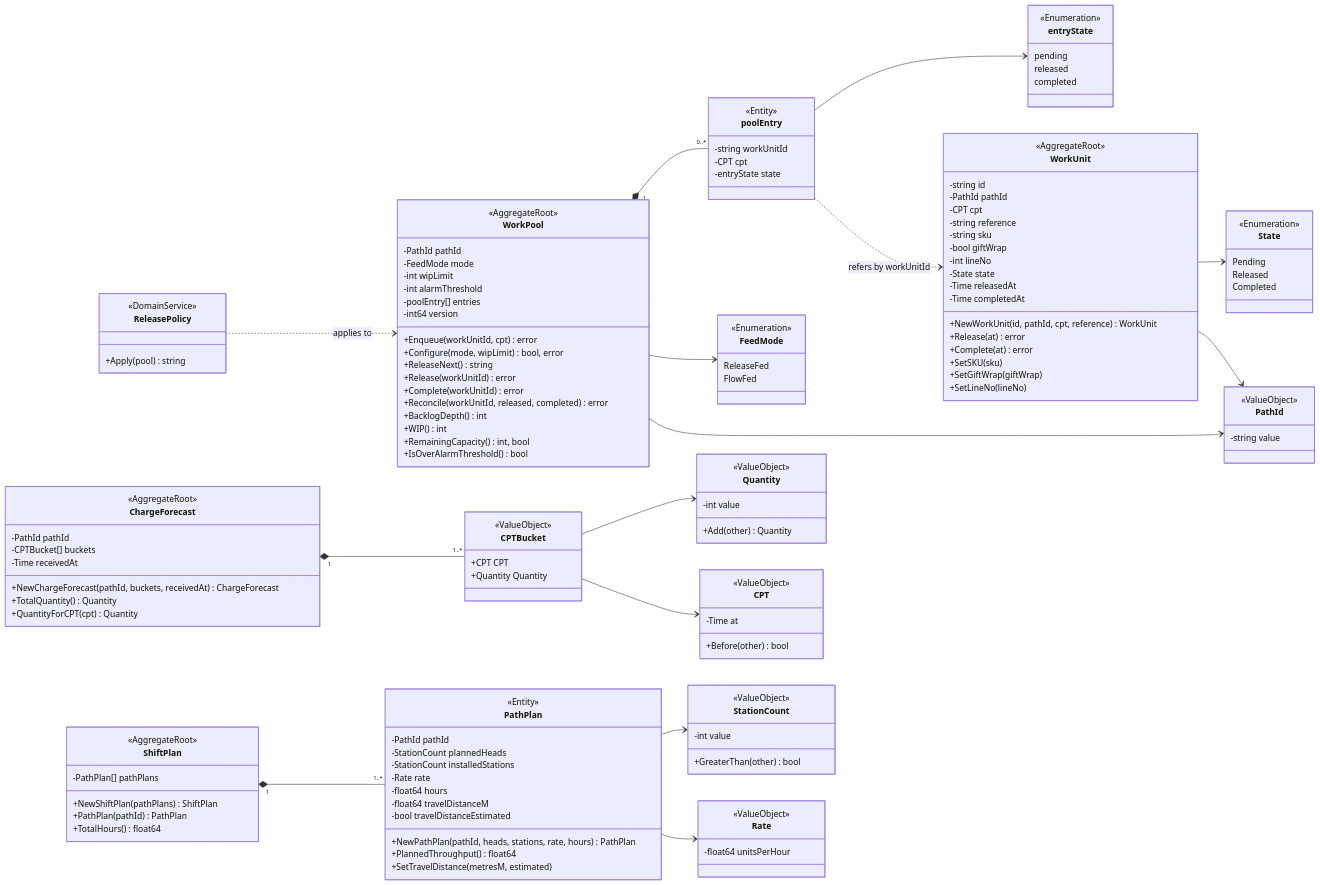
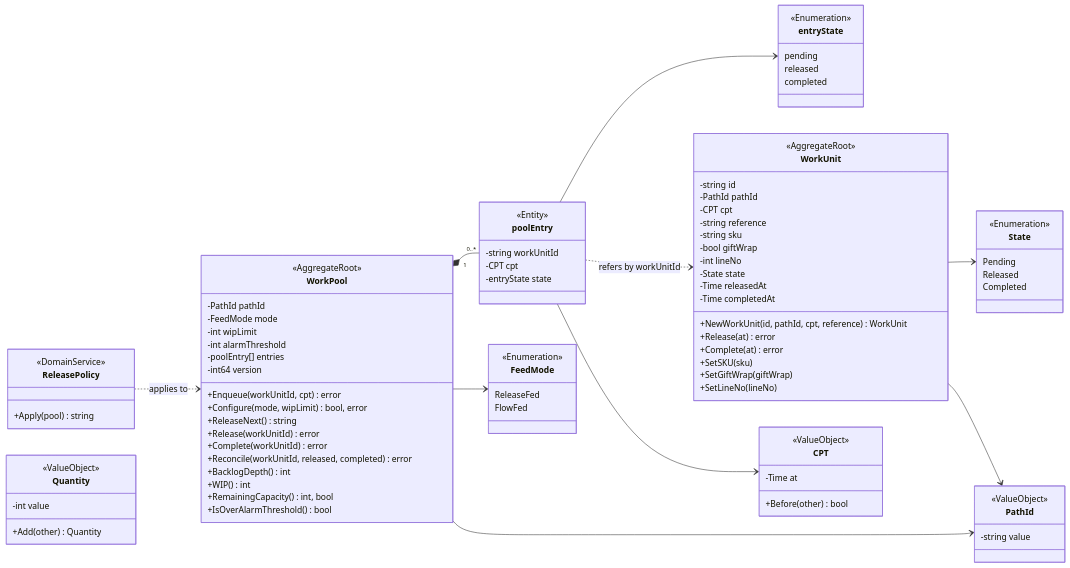
One commit to IQVO/warehouse-docs changed the first of 5 diagrams in docs/contexts/wes-work-planning/class-diagram.md. Above: the diagram before and after it, drawn with Mermaid. The commit also changed other lines of this file and 81 other files, not shown here.

````diff
--- a/docs/contexts/wes-work-planning/class-diagram.md
+++ b/docs/contexts/wes-work-planning/class-diagram.md
@@ -27,42 +28,6 @@
 ```mermaid
 classDiagram
     direction LR
-
-    class ChargeForecast {
-        <<AggregateRoot>>
-        -PathId pathId
-        -CPTBucket[] buckets
-        -Time receivedAt
-        +NewChargeForecast(pathId, buckets, receivedAt) ChargeForecast
-        +TotalQuantity() Quantity
-        +QuantityForCPT(cpt) Quantity
-    }
-    class CPTBucket {
-        <<ValueObject>>
-        +CPT CPT
-        +Quantity Quantity
-    }
-
-    class ShiftPlan {
-        <<AggregateRoot>>
-        -PathPlan[] pathPlans
-        +NewShiftPlan(pathPlans) ShiftPlan
-        +PathPlan(pathId) PathPlan
-        +TotalHours() float64
-    }
-    class PathPlan {
-        <<Entity>>
-        -PathId pathId
-        -StationCount plannedHeads
-        -StationCount installedStations
-        -Rate rate
-        -float64 hours
-        -float64 travelDistanceM
-        -bool travelDistanceEstimated
-        +NewPathPlan(pathId, heads, stations, rate, hours) PathPlan
-        +PlannedThroughput() float64
-        +SetTravelDistance(metresM, estimated)
-    }
 
     class WorkPool {
         <<AggregateRoot>>
@@ -140,33 +105,19 @@
         -Time at
         +Before(other) bool
     }
-    class Rate {
-        <<ValueObject>>
-        -float64 unitsPerHour
-    }
-    class StationCount {
-        <<ValueObject>>
-        -int value
-        +GreaterThan(other) bool
-    }
     class Quantity {
         <<ValueObject>>
         -int value
         +Add(other) Quantity
     }
 
-    ChargeForecast "1" *-- "1..*" CPTBucket
-    ShiftPlan "1" *-- "1..*" PathPlan
     WorkPool "1" *-- "0..*" poolEntry
     WorkPool --> FeedMode
     poolEntry --> entryState
     WorkUnit --> State
     ReleasePolicy ..> WorkPool : applies to
     poolEntry ..> WorkUnit : refers by workUnitId
-    PathPlan --> StationCount
-    PathPlan --> Rate
-    CPTBucket --> Quantity
-    CPTBucket --> CPT
+    poolEntry --> CPT
     WorkUnit --> PathId
     WorkPool --> PathId
 ```
````
